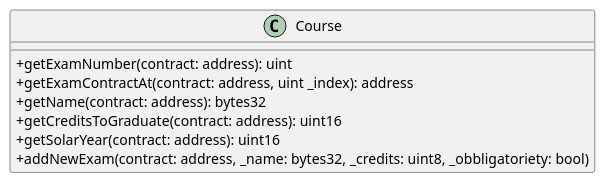
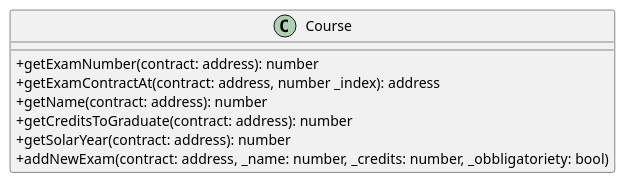
The diagram in web3function/file/Course.iuml (M9k/Marvin-Uml), drawn with PlantUML before and after one commit. The commit also changed 13 other files, not shown here.

```diff
--- a/web3function/file/Course.iuml
+++ b/web3function/file/Course.iuml
@@ -1,11 +1,11 @@
 @startuml
 skinparam classAttributeIconSize 0
 class Course{
-+ getExamNumber(contract: address): uint
-+ getExamContractAt(contract: address, uint _index): address
-+ getName(contract: address): bytes32
-+ getCreditsToGraduate(contract: address): uint16
-+ getSolarYear(contract: address): uint16
-+ addNewExam(contract: address, _name: bytes32, _credits: uint8, _obbligatoriety: bool)
++ getExamNumber(contract: address): number
++ getExamContractAt(contract: address, number _index): address
++ getName(contract: address): number
++ getCreditsToGraduate(contract: address): number
++ getSolarYear(contract: address): number
++ addNewExam(contract: address, _name: number, _credits: number, _obbligatoriety: bool)
 }
 @enduml
```
